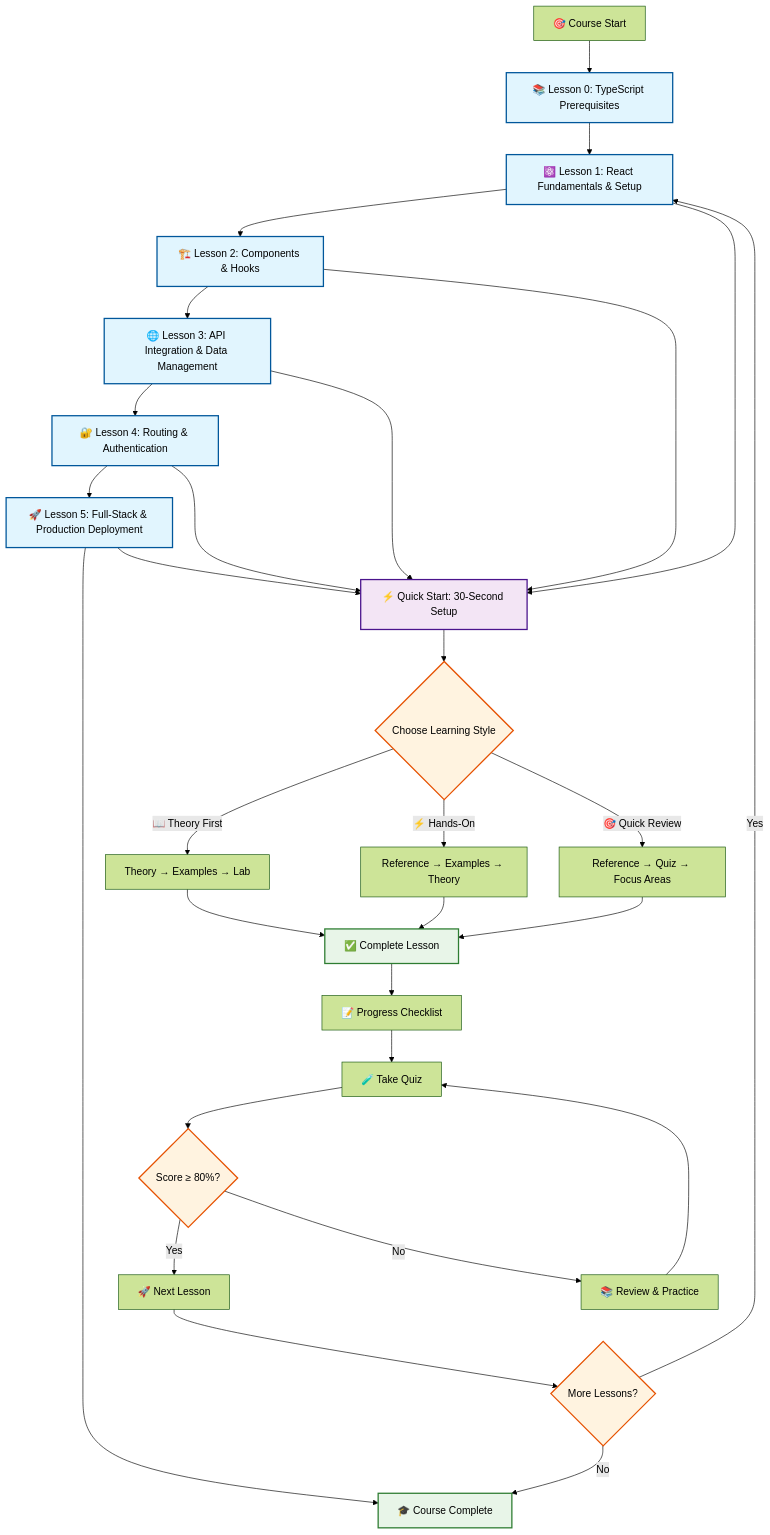
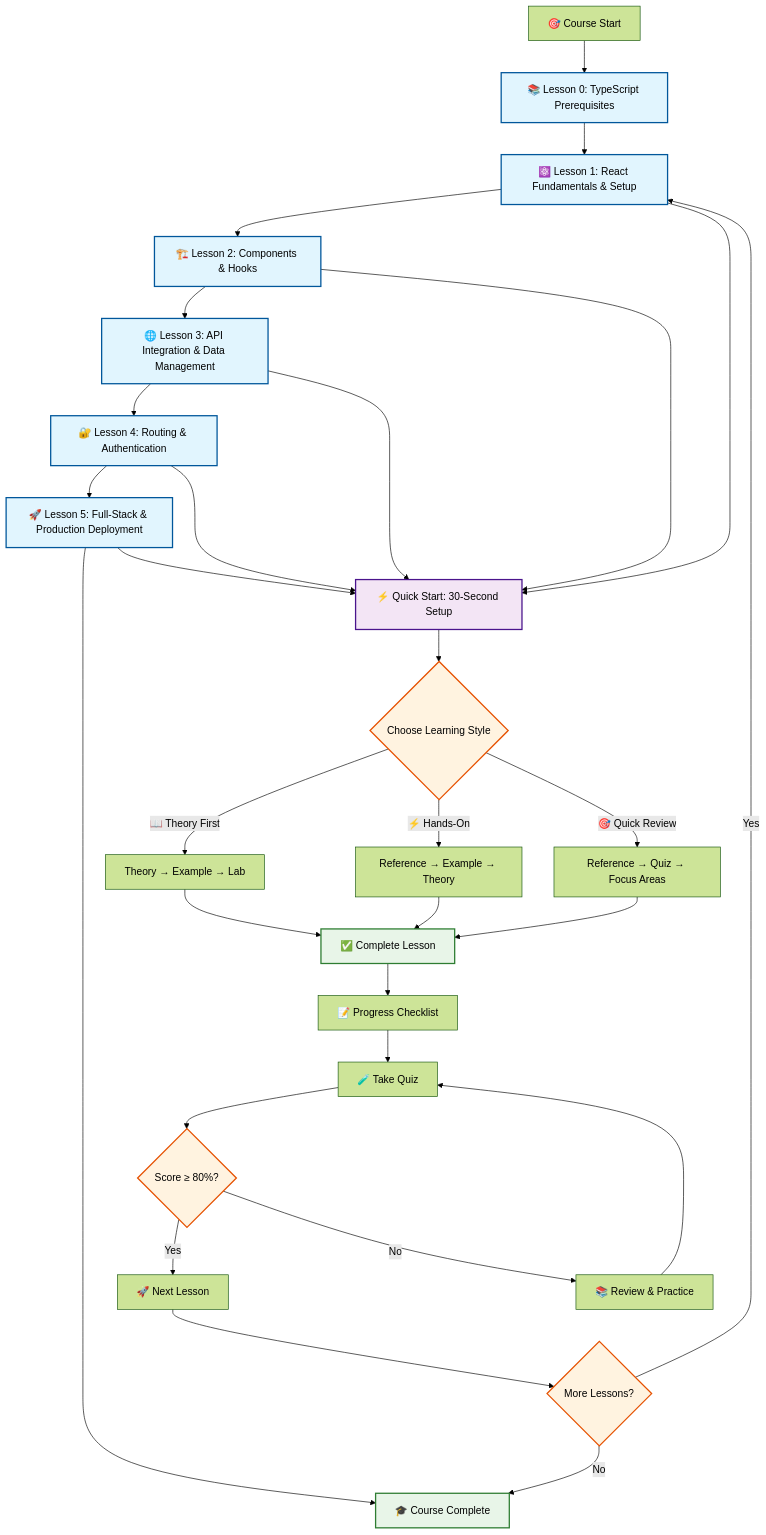
Before and after one commit to longndt/react-course: the first of 6 diagrams in diagrams/course_structure_diagram.md, drawn with Mermaid (forest theme). The commit also changed other lines of this file and 38 other files, not shown here.

````diff
--- a/diagrams/course_structure_diagram.md
+++ b/diagrams/course_structure_diagram.md
@@ -5,52 +5,52 @@
 ```mermaid
 graph TD
     A[🎯 Course Start] --> B[📚 Lesson 0: TypeScript Prerequisites]
 
     B --> C[⚛️ Lesson 1: React Fundamentals & Setup]
 
     C --> D[🏗️ Lesson 2: Components & Hooks]
     D --> E[🌐 Lesson 3: API Integration & Data Management]
     E --> F[🔐 Lesson 4: Routing & Authentication]
     F --> G[🚀 Lesson 5: Full-Stack & Production Deployment]
 
     G --> H[🎓 Course Complete]
 
     %% Quick Start Paths
     C --> I[⚡ Quick Start: 30-Second Setup]
     D --> I
     E --> I
     F --> I
     G --> I
 
     %% Learning Styles
     I --> J{Choose Learning Style}
-    J -->|📖 Theory First| K[Theory → Examples → Lab]
-    J -->|⚡ Hands-On| L[Reference → Examples → Theory]
+    J -->|📖 Theory First| K[Theory → Example → Lab]
+    J -->|⚡ Hands-On| L[Reference → Example → Theory]
     J -->|🎯 Quick Review| M[Reference → Quiz → Focus Areas]
 
     K --> N[✅ Complete Lesson]
     L --> N
     M --> N
 
     N --> O[📝 Progress Checklist]
     O --> P[🧪 Take Quiz]
     P --> Q{Score ≥ 80%?}
     Q -->|Yes| R[🚀 Next Lesson]
     Q -->|No| S[📚 Review & Practice]
     S --> P
 
     R --> T{More Lessons?}
     T -->|Yes| C
     T -->|No| H
 
     %% Styling
     classDef lesson fill:#e1f5fe,stroke:#01579b,stroke-width:2px
     classDef quickstart fill:#f3e5f5,stroke:#4a148c,stroke-width:2px
     classDef decision fill:#fff3e0,stroke:#e65100,stroke-width:2px
     classDef complete fill:#e8f5e8,stroke:#2e7d32,stroke-width:2px
 
     class B,C,D,E,F,G lesson
     class I quickstart
     class J,Q,T decision
     class H,N complete
 ```
````
